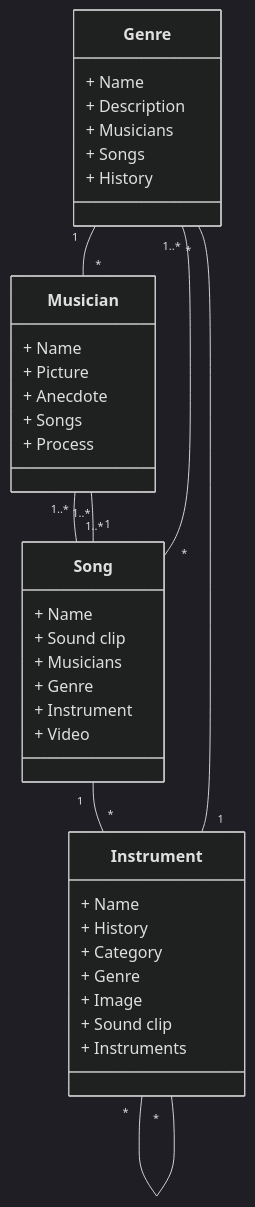
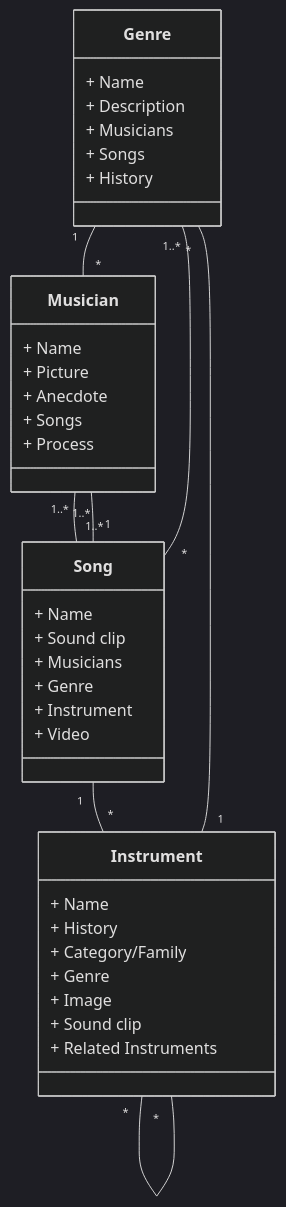
Before and after one commit to travis-kuenzi/Mongo-Driven-Website-Term-Project: the diagram in README.md, drawn with Mermaid (dark theme). The commit also changed other lines of this file, not shown here.

Commit message:
Added instruments relationships descriptions

````diff
--- a/README.md
+++ b/README.md
@@ -11,50 +11,49 @@
 ```mermaid
 classDiagram 
     class Genre {
       + Name
       + Description
       + Musicians
       + Songs
       + History
     }
 
     class Musician {
       + Name
       + Picture
       + Anecdote
       + Songs
       + Process
     }
 
     class Song {
       + Name
       + Sound clip
       + Musicians
       + Genre
       + Instrument
       + Video
     }
 
     class Instrument {
       + Name
       + History
-      + Category
+      + Category/Family
       + Genre
       + Image
       + Sound clip
-      
-      + Instruments
+      + Related Instruments
     }
 
     %%Links between entities - don't worry too much about details
     Musician "1..*" -- "1..*" Song 
 
     Genre "1" -- "*" Musician
     Genre "1..*" -- "*" Song
 
     Song "1" -- "1..*" Musician
     Song "1" -- "*" Instrument
 
     Instrument "1" -- "*" Genre
     Instrument "*" -- "*" Instrument
 ```
````
